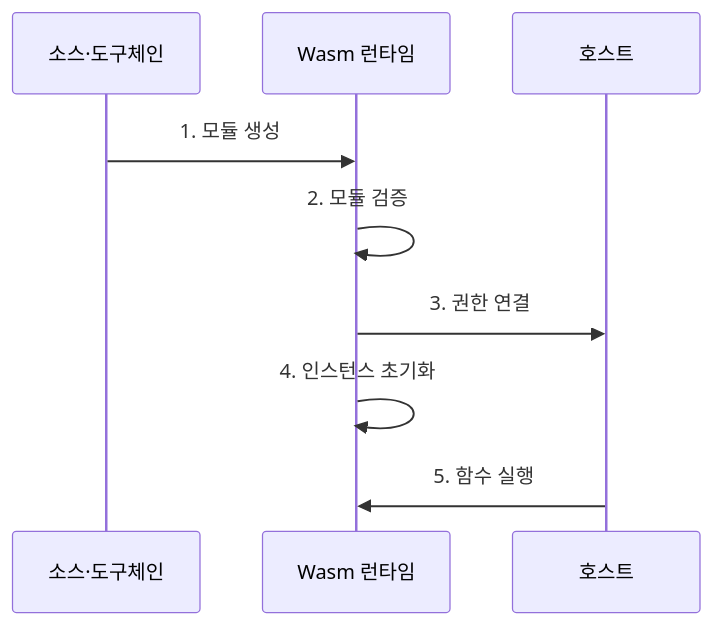
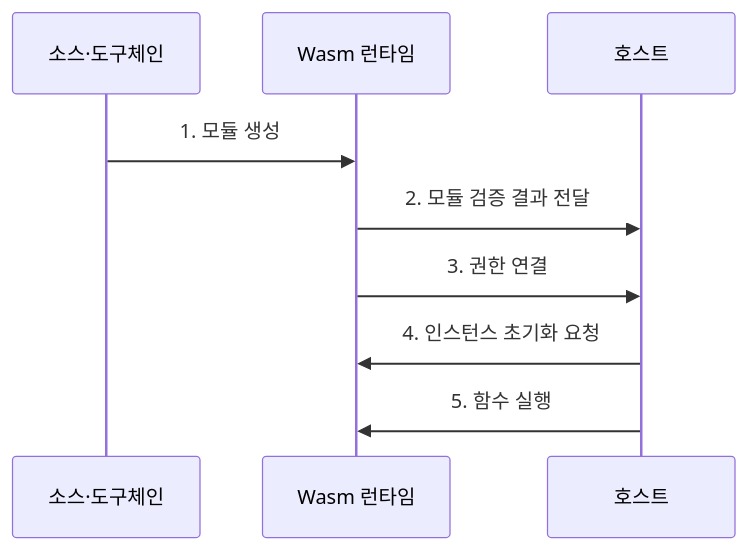
The second of 2 diagrams in src/content/docs/notes/08-latest-tech/166_webassembly.md (agnusdei1207/knowledge-base), drawn with Mermaid before and after one commit. The commit also changed other lines of this file and 228 other files, not shown here.

````diff
--- a/src/content/docs/notes/08-latest-tech/166_webassembly.md
+++ b/src/content/docs/notes/08-latest-tech/166_webassembly.md
@@ -80,11 +80,11 @@
 ```mermaid
 sequenceDiagram
   participant S as 소스·도구체인
   participant R as Wasm 런타임
   participant H as 호스트
   S->>R: 1. 모듈 생성
-  R->>R: 2. 모듈 검증
+  R->>H: 2. 모듈 검증 결과 전달
   R->>H: 3. 권한 연결
-  R->>R: 4. 인스턴스 초기화
+  H->>R: 4. 인스턴스 초기화 요청
   H->>R: 5. 함수 실행
 ```
````
